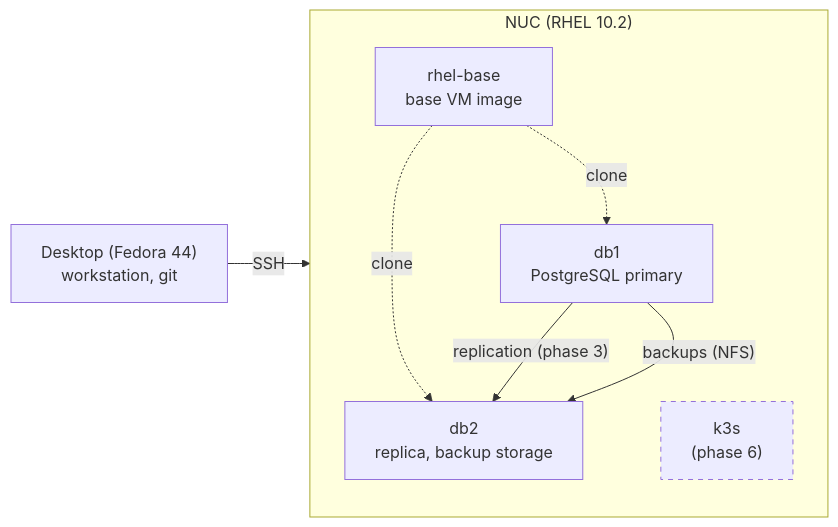
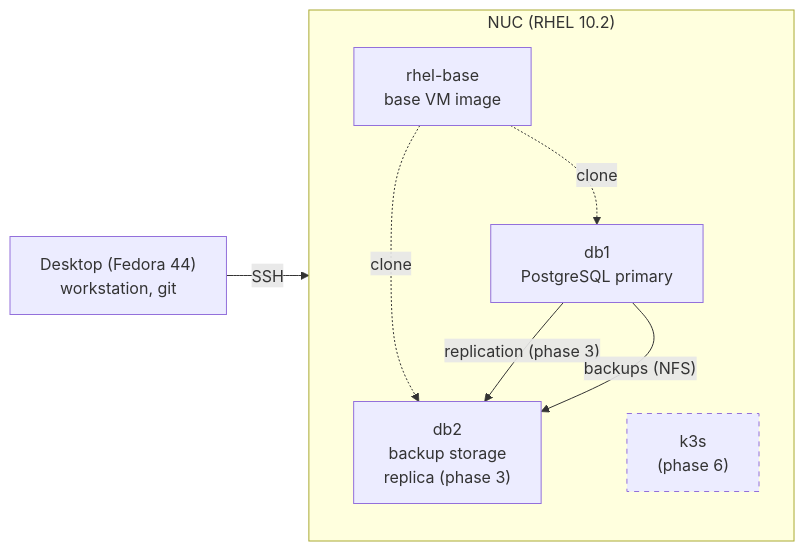
One commit to marin-orejas/rhel-data-platform changed the diagram in README.md. Above: the diagram before and after it, drawn with Mermaid. The commit also changed other lines of this file and 2 other files, not shown here.

Commit message:
docs(roadmap): mark break and fix done
Phase 1 is done. The rd.break and bad fstab drills move to phase 2.
Also document the locked root account and fix the db2 role: the
replica comes in phase 3.

````diff
--- a/README.md
+++ b/README.md
@@ -13,17 +13,17 @@
 ```mermaid
 flowchart LR
     desk["Desktop (Fedora 44)<br/>workstation, git"]
     subgraph nuc["NUC (RHEL 10.2)"]
         base["rhel-base<br/>base VM image"]
         db1["db1<br/>PostgreSQL primary"]
-        db2["db2<br/>replica, backup storage"]
+        db2["db2<br/>backup storage<br/>replica (phase 3)"]
         k3s["k3s<br/>(phase 6)"]
         base -. clone .-> db1
         base -. clone .-> db2
         db1 -- "replication (phase 3)" --> db2
         db1 -- "backups (NFS)" --> db2
     end
     desk -- SSH --> nuc
     classDef planned stroke-dasharray: 5 5
     class k3s planned
 ```
````
